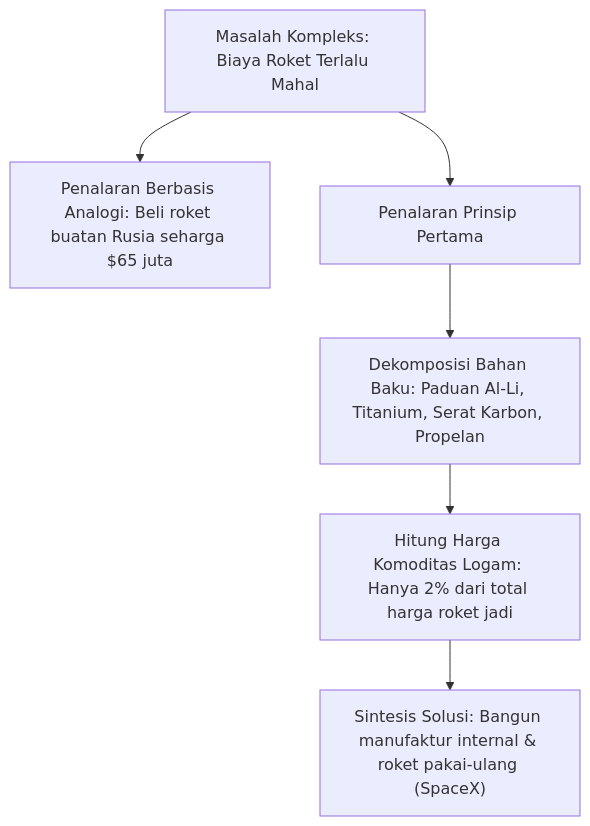
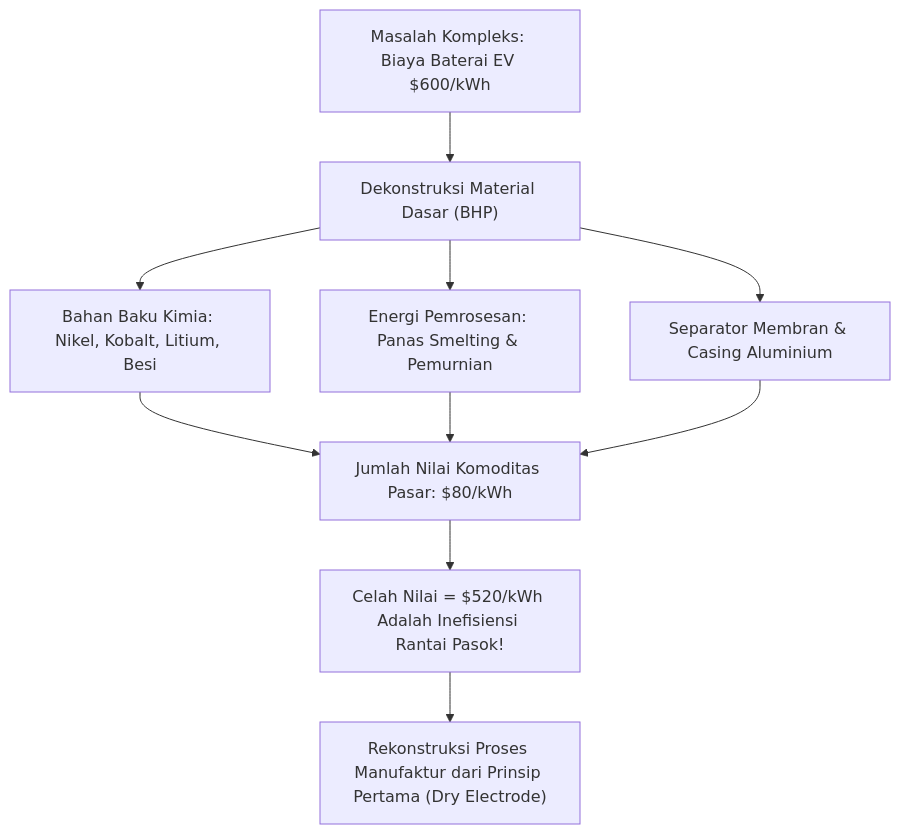
Before and after one commit to Rizki2204/ultimate-learning-paths: the diagram in curriculum/00-fondasi-kognitif-logika/002-first-principles-thinking.md, drawn with Mermaid. The commit also changed other lines of this file and 271 other files, not shown here.

````diff
--- a/curriculum/00-fondasi-kognitif-logika/002-first-principles-thinking.md
+++ b/curriculum/00-fondasi-kognitif-logika/002-first-principles-thinking.md
@@ -24,8 +36,10 @@
 ```mermaid
-graph TD
-    Problem["Masalah Kompleks: Biaya Roket Terlalu Mahal"] --> Analogi["Penalaran Berbasis Analogi: Beli roket buatan Rusia seharga $65 juta"]
-    Problem --> FirstPrinciple["Penalaran Prinsip Pertama"]
-    FirstPrinciple --> Decomp["Dekomposisi Bahan Baku: Paduan Al-Li, Titanium, Serat Karbon, Propelan"]
-    Decomp --> MarketPrice["Hitung Harga Komoditas Logam: Hanya 2% dari total harga roket jadi"]
-    MarketPrice --> Synthesis["Sintesis Solusi: Bangun manufaktur internal & roket pakai-ulang (SpaceX)"]
+flowchart TD
+    Problem["Masalah Kompleks: Biaya Baterai EV $600/kWh"] --> Decomp["Dekonstruksi Material Dasar (BHP)"]
+    Decomp --> Mat1["Bahan Baku Kimia: Nikel, Kobalt, Litium, Besi"]
+    Decomp --> Mat2["Energi Pemrosesan: Panas Smelting & Pemurnian"]
+    Decomp --> Mat3["Separator Membran & Casing Aluminium"]
+    Mat1 & Mat2 & Mat3 --> Sum["Jumlah Nilai Komoditas Pasar: $80/kWh"]
+    Sum --> Delta["Celah Nilai = $520/kWh Adalah Inefisiensi Rantai Pasok!"]
+    Delta --> Rebuild["Rekonstruksi Proses Manufaktur dari Prinsip Pertama (Dry Electrode)"]
 ```
````
